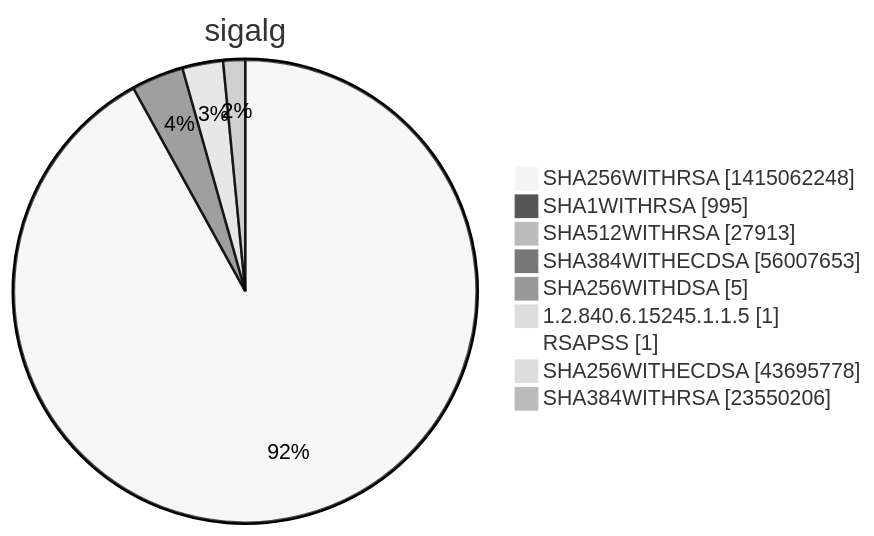
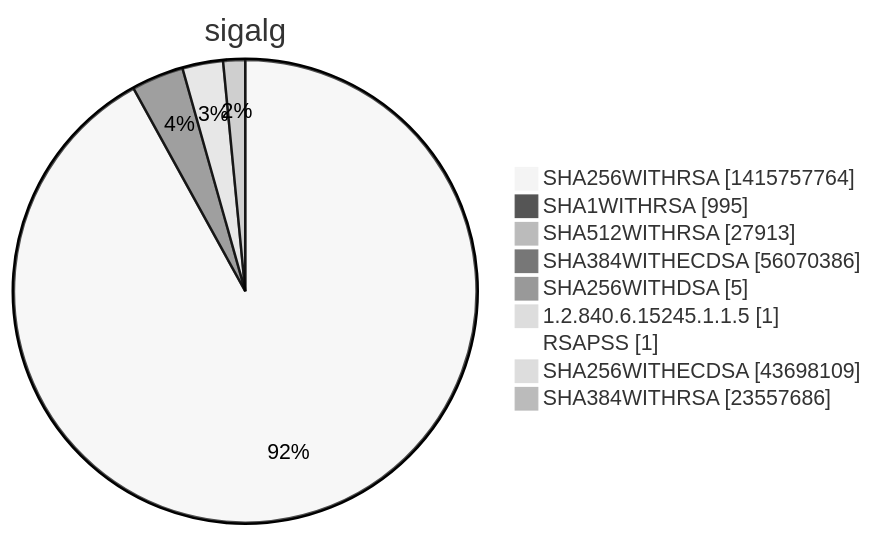
One commit to christiankrug/ctmonitor_visualization changed diagram 15 of 15 in xenon2022/README.md. Above: the diagram before and after it, drawn with Mermaid (neutral theme). The commit also changed other lines of this file, not shown here.

````diff
--- a/xenon2022/README.md
+++ b/xenon2022/README.md
@@ -5858,13 +5858,13 @@
 ```mermaid
 pie showData
 title sigalg
-"SHA256WITHRSA" :1415062248
+"SHA256WITHRSA" :1415757764
 "SHA1WITHRSA" :995
 "SHA512WITHRSA" :27913
-"SHA384WITHECDSA" :56007653
+"SHA384WITHECDSA" :56070386
 "SHA256WITHDSA" :5
 "1.2.840.6.15245.1.1.5" :1
 "RSAPSS" :1
-"SHA256WITHECDSA" :43695778
-"SHA384WITHRSA" :23550206
+"SHA256WITHECDSA" :43698109
+"SHA384WITHRSA" :23557686
 ```
````
